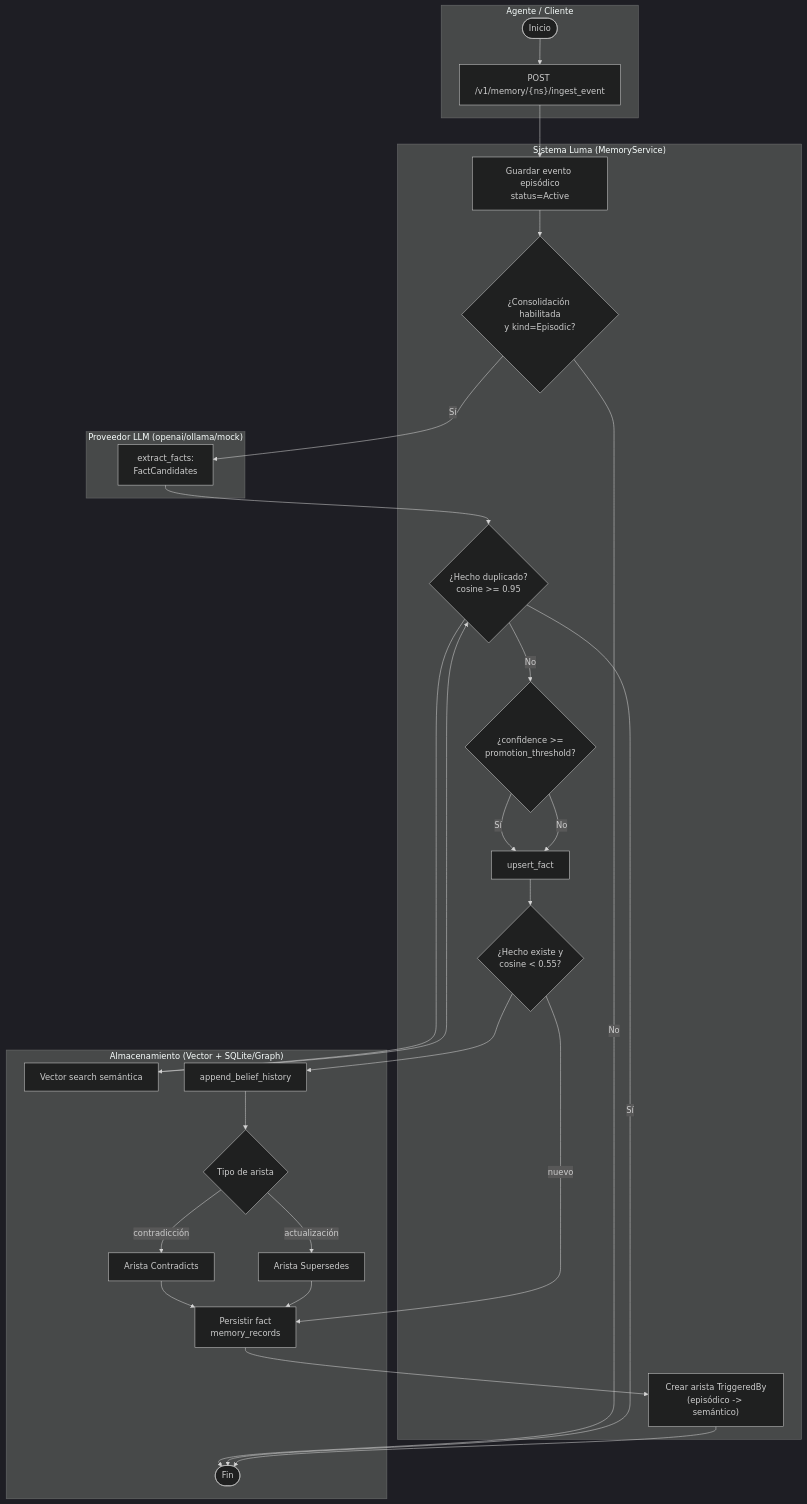
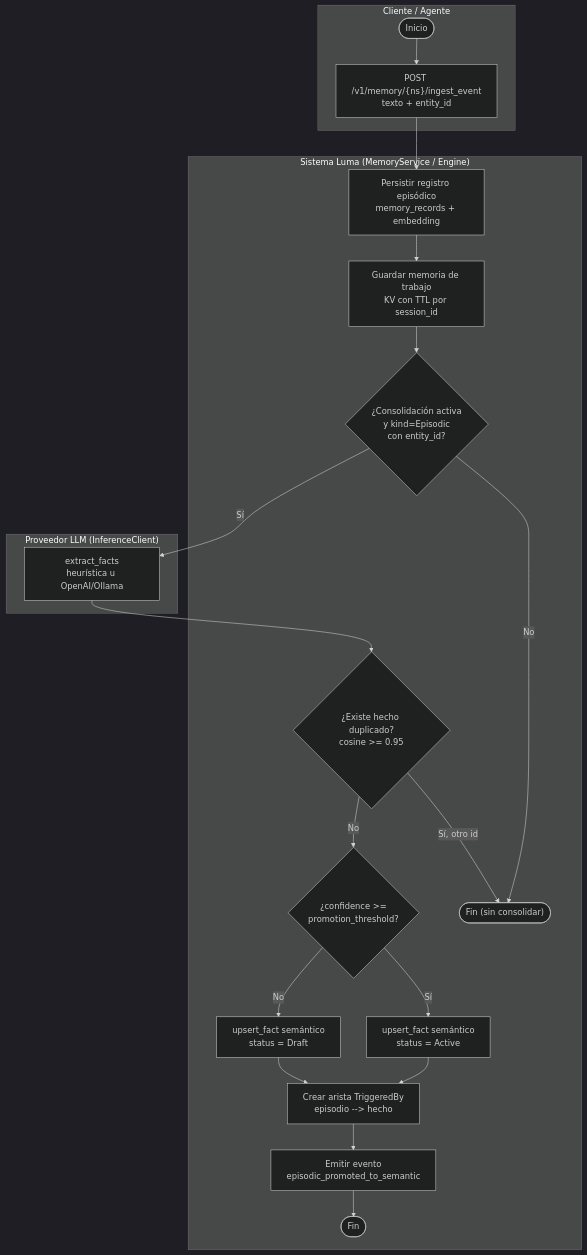
One commit to Jairodaniel-17/Luma changed the diagram in docs/diagrams/activity.md. Above: the diagram before and after it, drawn with Mermaid (dark theme). The commit also changed other lines of this file, not shown here.

Commit message:
docs(diagrams): actualizar activity

````diff
--- a/docs/diagrams/activity.md
+++ b/docs/diagrams/activity.md
@@ -5,48 +5,36 @@
 ```mermaid
 flowchart TD
-  subgraph AG["Agente / Cliente"]
-    ini(["Inicio"]) --> post["POST /v1/memory/{ns}/ingest_event"]
+  subgraph C["Cliente / Agente"]
+    ini(["Inicio"]) --> post["POST /v1/memory/{ns}/ingest_event<br/>texto + entity_id"]
   end
-  subgraph SYS["Sistema Luma (MemoryService)"]
-    epi["Guardar evento episódico<br/>status=Active"]
-    consol{"¿Consolidación habilitada<br/>y kind=Episodic?"}
-    dedup{"¿Hecho duplicado?<br/>cosine >= 0.95"}
+  subgraph S["Sistema Luma (MemoryService / Engine)"]
+    persist["Persistir registro episódico<br/>memory_records + embedding"]
+    working["Guardar memoria de trabajo<br/>KV con TTL por session_id"]
+    guard{"¿Consolidación activa<br/>y kind=Episodic<br/>con entity_id?"}
+    dedup{"¿Existe hecho duplicado?<br/>cosine >= 0.95"}
     prom{"¿confidence >=<br/>promotion_threshold?"}
-    upf["upsert_fact"]
-    contra{"¿Hecho existe y<br/>cosine < 0.55?"}
-    edge["Crear arista TriggeredBy<br/>(episódico -> semántico)"]
+    active["upsert_fact semántico<br/>status = Active"]
+    draft["upsert_fact semántico<br/>status = Draft"]
+    edge["Crear arista TriggeredBy<br/>episodio --> hecho"]
+    emit["Emitir evento<br/>episodic_promoted_to_semantic"]
+    finok(["Fin"])
+    finskip(["Fin (sin consolidar)"])
   end
-  subgraph LLM["Proveedor LLM (openai/ollama/mock)"]
-    ext["extract_facts:<br/>FactCandidates"]
+  subgraph L["Proveedor LLM (InferenceClient)"]
+    extract["extract_facts<br/>heurística u OpenAI/Ollama"]
   end
-  subgraph STO["Almacenamiento (Vector + SQLite/Graph)"]
-    knn["Vector search semántica"]
-    hist["append_belief_history"]
-    ce{"Tipo de arista"}
-    sup["Arista Supersedes"]
-    con["Arista Contradicts"]
-    save["Persistir fact<br/>memory_records"]
-    fin(["Fin"])
-  end
-  post --> epi
-  epi --> consol
-  consol -->|No| fin
-  consol -->|Sí| ext
-  ext --> dedup
-  dedup --> knn
-  knn --> dedup
-  dedup -->|Sí| fin
+  post --> persist
+  persist --> working
+  working --> guard
+  guard -->|No| finskip
+  guard -->|Sí| extract
+  extract --> dedup
+  dedup -->|Sí, otro id| finskip
   dedup -->|No| prom
-  prom -->|Sí| upf
-  prom -->|No| upf
-  upf --> contra
-  contra --> hist
-  hist --> ce
-  ce -->|contradicción| con
-  ce -->|actualización| sup
-  con --> save
-  sup --> save
-  contra -->|nuevo| save
-  save --> edge
-  edge --> fin
+  prom -->|Sí| active
+  prom -->|No| draft
+  active --> edge
+  draft --> edge
+  edge --> emit
+  emit --> finok
 ```
````
